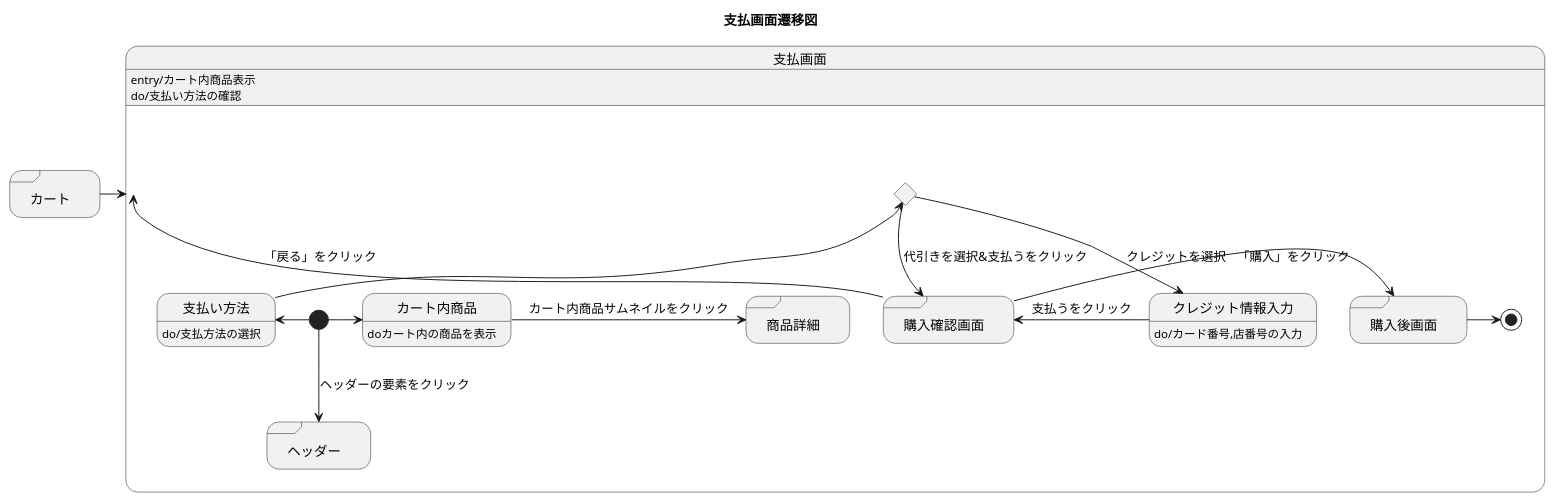
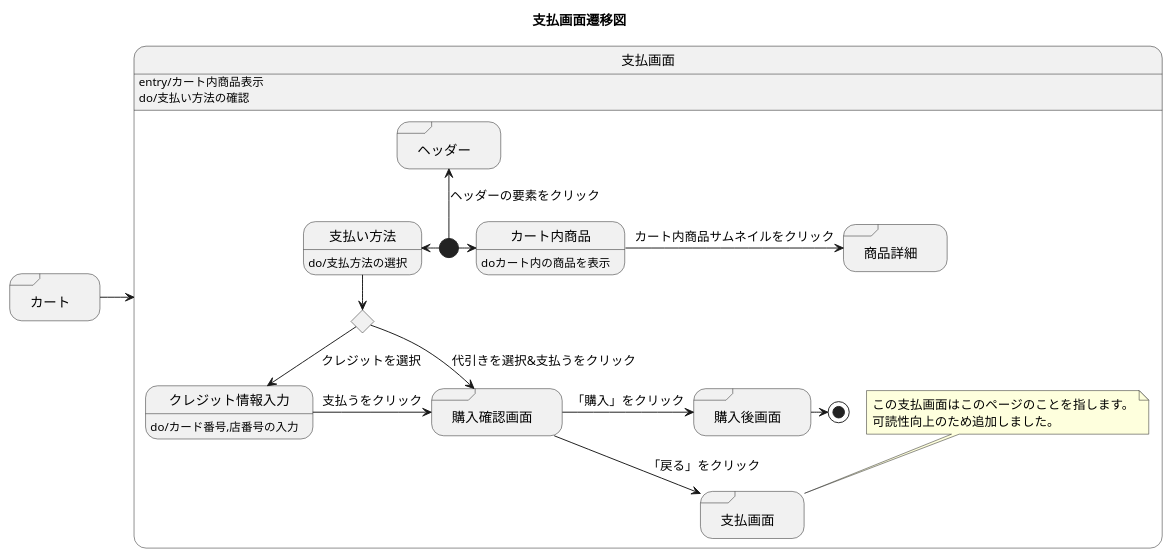
The diagram in 支払画面.md (akutori/T-D-E), drawn with PlantUML before and after one commit.

Commit message:
noteを追加

````diff
--- a/支払画面.md
+++ b/支払画面.md
@@ -1,33 +1,39 @@
 ```uml
 @startuml
 title 支払画面遷移図
 state 支払画面:entry/カート内商品表示
 state 支払画面:do/支払い方法の確認
 state "カート" as cart <<sdlreceive>>
 
 cart->支払画面
 
 state 支払画面{
     state input <<choice>>
     state "ヘッダー" as headder <<sdlreceive>>
     state "購入確認画面" as PurchaseConfirmation <<sdlreceive>>
     state "商品詳細" as detail <<sdlreceive>>
     state "購入後画面" as boughtpage <<sdlreceive>>
+    state "支払画面" as Payment <<sdlreceive>>
     state 支払い方法:do/支払方法の選択
     state クレジット情報入力:do/カード番号,店番号の入力
     state カート内商品:doカート内の商品を表示
 
+    note top of Payment
+        この支払画面はこのページのことを指します。
+        可読性向上のため追加しました。
+    end note
+
     [*]-left->支払い方法
     [*]->カート内商品
-    [*]-->headder : ヘッダーの要素をクリック
-    支払い方法-up->input
+    [*]-up->headder : ヘッダーの要素をクリック
+    支払い方法-->input
     input-> PurchaseConfirmation : 代引きを選択&支払うをクリック
     input--> クレジット情報入力 : クレジットを選択
     クレジット情報入力 -> PurchaseConfirmation : 支払うをクリック
     カート内商品->detail : カート内商品サムネイルをクリック
     PurchaseConfirmation -> boughtpage : 「購入」をクリック
-    PurchaseConfirmation -up->支払画面  : 「戻る」をクリック
+    PurchaseConfirmation -->Payment  : 「戻る」をクリック
     boughtpage ->[*]
 }
 @enduml
 ```
````
